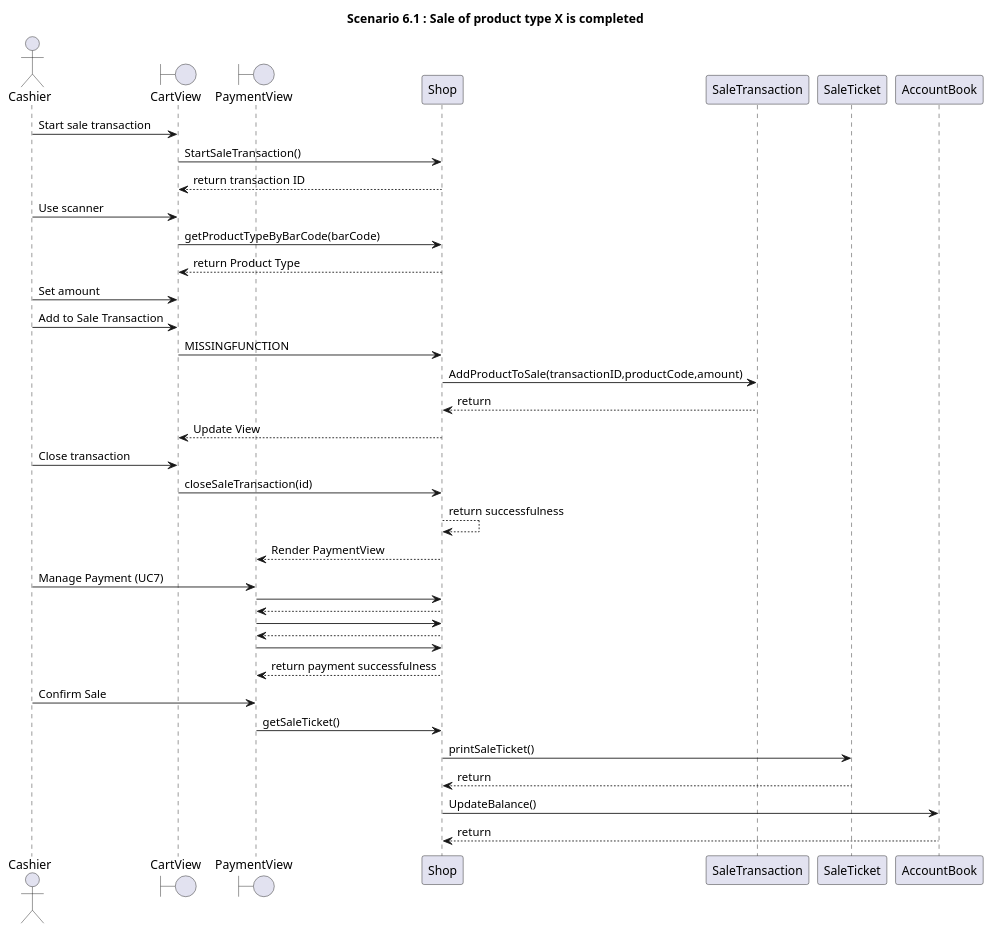
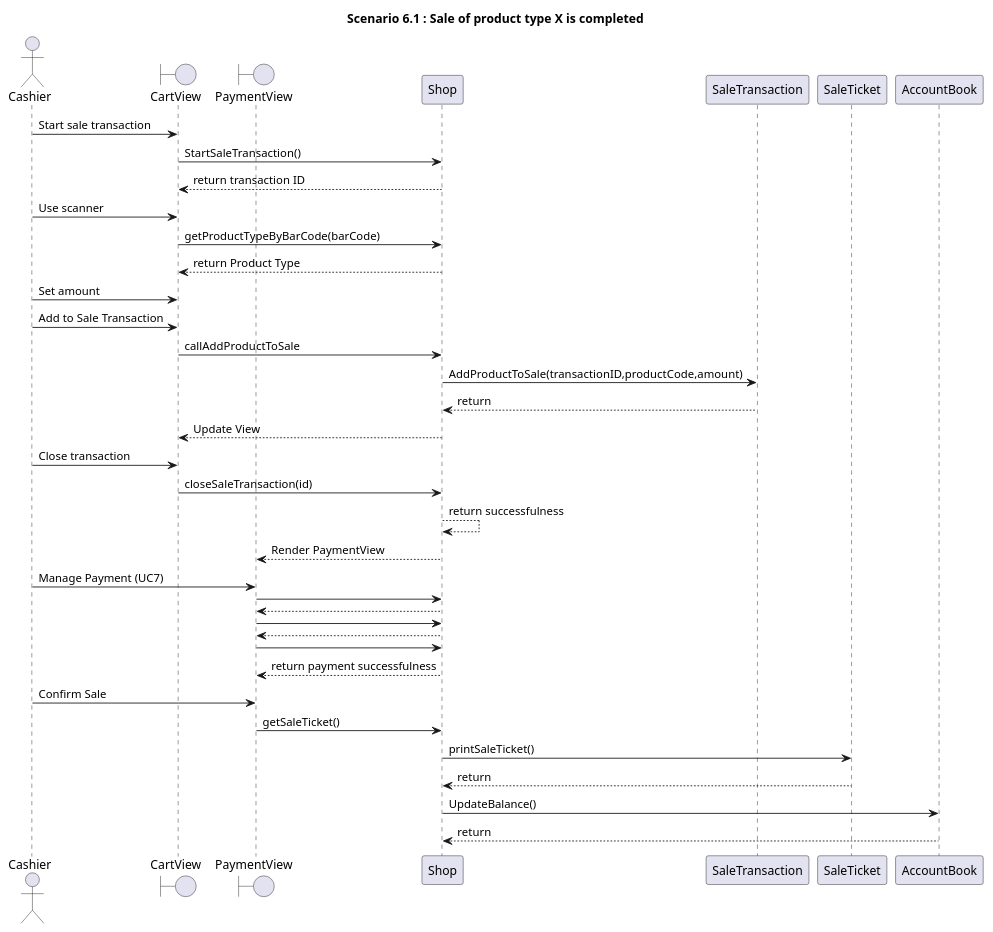
One commit to zitabou/EZShop changed diagram 17 of 31 in Deliverables/DesignDocument.md. Above: the diagram before and after it, drawn with PlantUML. The commit also changed other lines of this file, not shown here.

Commit message:
Adding missing functions for seq diagrams 6.x 7.x

````diff
--- a/Deliverables/DesignDocument.md
+++ b/Deliverables/DesignDocument.md
@@ -549,43 +556,43 @@
 ```plantuml
 
 
 title
 **Scenario 6.1** : Sale of product type X is completed
 end title
 
 actor Cashier
 Boundary CartView
 boundary PaymentView
 Cashier -> CartView: Start sale transaction
 CartView -> Shop: StartSaleTransaction()
 Shop --> CartView: return transaction ID
 Cashier -> CartView: Use scanner
 CartView ->  Shop: getProductTypeByBarCode(barCode) 
 Shop --> CartView: return Product Type
 
 Cashier -> CartView: Set amount
 Cashier -> CartView: Add to Sale Transaction
-CartView -> Shop: MISSINGFUNCTION
+CartView -> Shop: callAddProductToSale
 Shop -> SaleTransaction: AddProductToSale(transactionID,productCode,amount)
 SaleTransaction --> Shop: return
 Shop --> CartView: Update View
 
 Cashier -> CartView: Close transaction
 CartView -> Shop: closeSaleTransaction(id)
 Shop --> Shop: return successfulness
 Shop --> PaymentView: Render PaymentView
 Cashier -> PaymentView: Manage Payment (UC7)
 PaymentView -> Shop :
 Shop --> PaymentView :
 PaymentView -> Shop :
 Shop --> PaymentView :
 PaymentView -> Shop :
 Shop --> PaymentView : return payment successfulness
 Cashier -> PaymentView: Confirm Sale
 PaymentView -> Shop: getSaleTicket()
 Shop -> SaleTicket: printSaleTicket()
 SaleTicket --> Shop: return
 Shop -> AccountBook: UpdateBalance()
 AccountBook --> Shop: return
 
 ```
````
